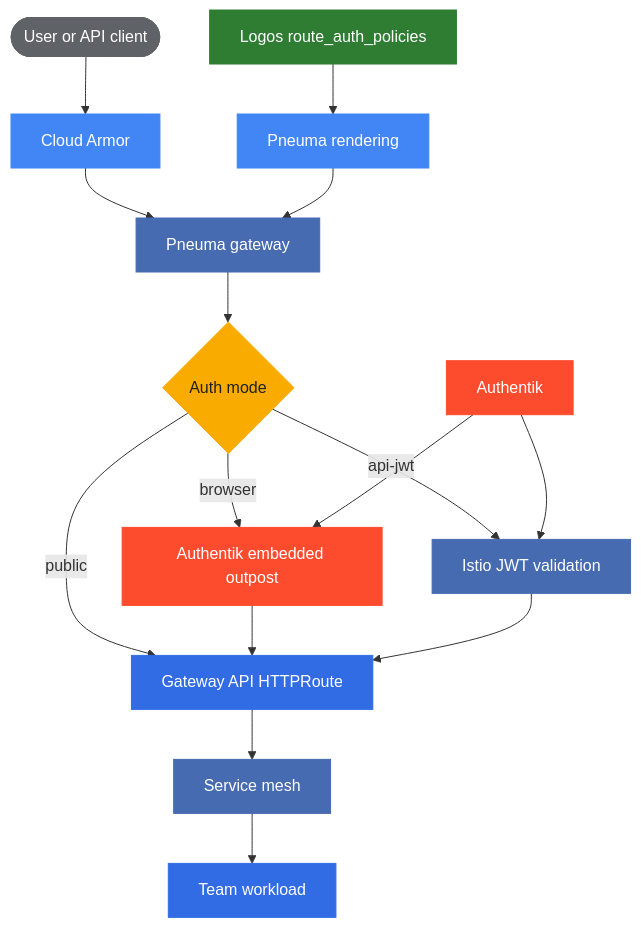
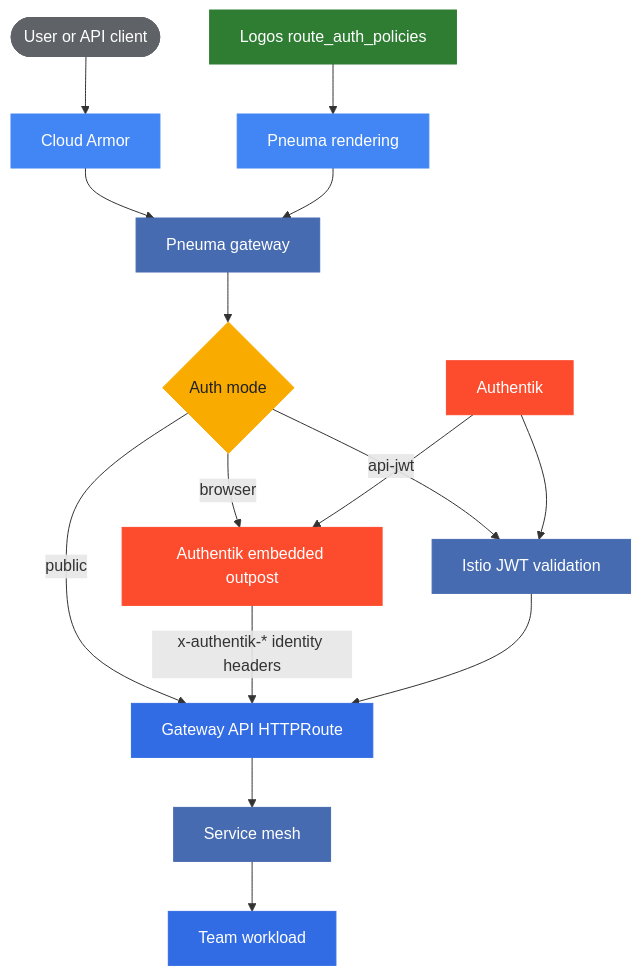
One commit to osinfra-io/pt-ekklesia-docs changed the diagram in docs/platform-grouping/pneuma/gateway-authentication.md. Above: the diagram before and after it, drawn with Mermaid. The commit also changed other lines of this file, not shown here.

Commit message:
Document Istio test identity endpoint (#121)

````diff
--- a/docs/platform-grouping/pneuma/gateway-authentication.md
+++ b/docs/platform-grouping/pneuma/gateway-authentication.md
@@ -21,26 +23,26 @@
 ```mermaid
 flowchart TD
     classDef client fill:#5F6368,stroke:#5F6368,color:#fff
     classDef gcp fill:#4285F4,stroke:#4285F4,color:#fff
     classDef istio fill:#466BB0,stroke:#466BB0,color:#fff
     classDef authentik fill:#FD4B2D,stroke:#FD4B2D,color:#fff
     classDef kubernetes fill:#326CE5,stroke:#326CE5,color:#fff
     classDef logos fill:#2E7D32,stroke:#2E7D32,color:#fff
     classDef decision fill:#F9AB00,stroke:#F9AB00,color:#202124
 
     Client([User or API client]):::client --> Armor[Cloud Armor]:::gcp
     Armor --> Gateway[Pneuma gateway]:::istio
     Gateway --> Mode{Auth mode}
     Mode:::decision -->|browser| Outpost[Authentik embedded outpost]:::authentik
     Mode -->|api-jwt| JWT[Istio JWT validation]:::istio
     Mode -->|public| Route[Gateway API HTTPRoute]:::kubernetes
-    Outpost --> Route
+    Outpost -->|x-authentik-* identity headers| Route
     JWT --> Route
     Route --> Mesh[Service mesh]:::istio
     Mesh --> Workload[Team workload]:::kubernetes
 
     Logos[Logos route_auth_policies]:::logos --> Pneuma[Pneuma rendering]:::gcp
     Pneuma --> Gateway
     Authentik[Authentik]:::authentik --> Outpost
     Authentik --> JWT
 ```
````
